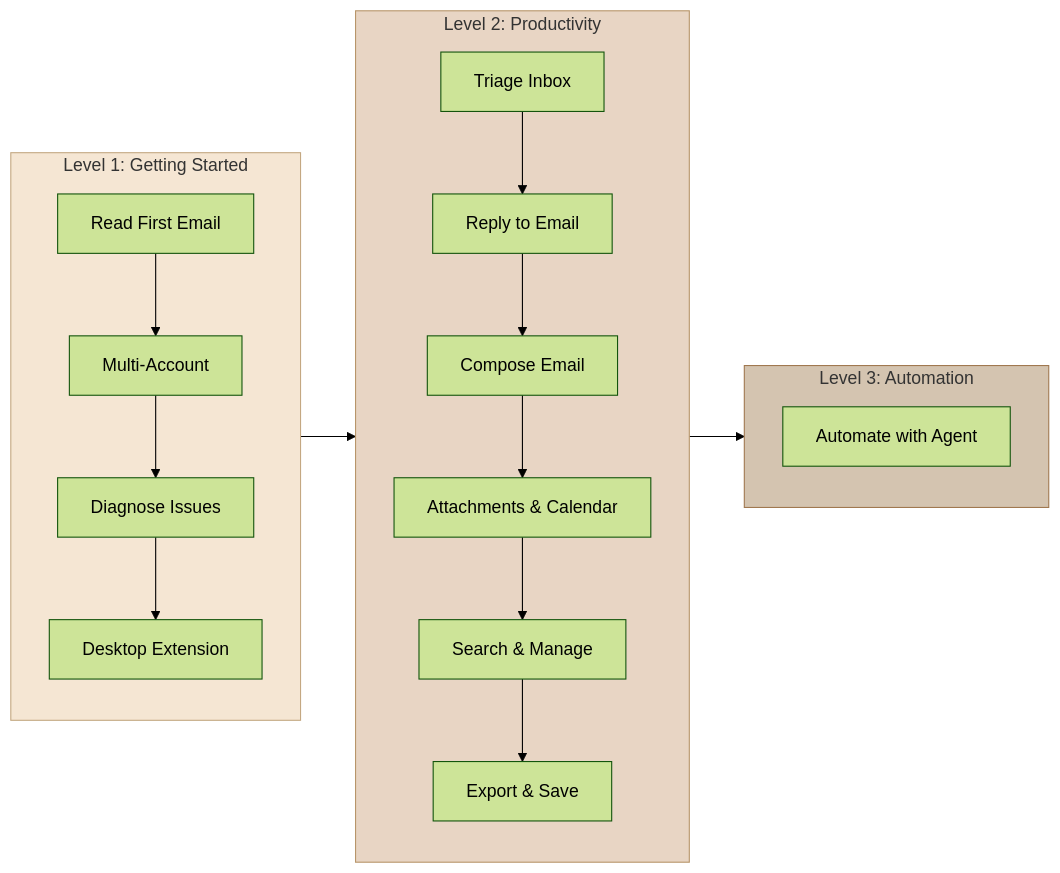
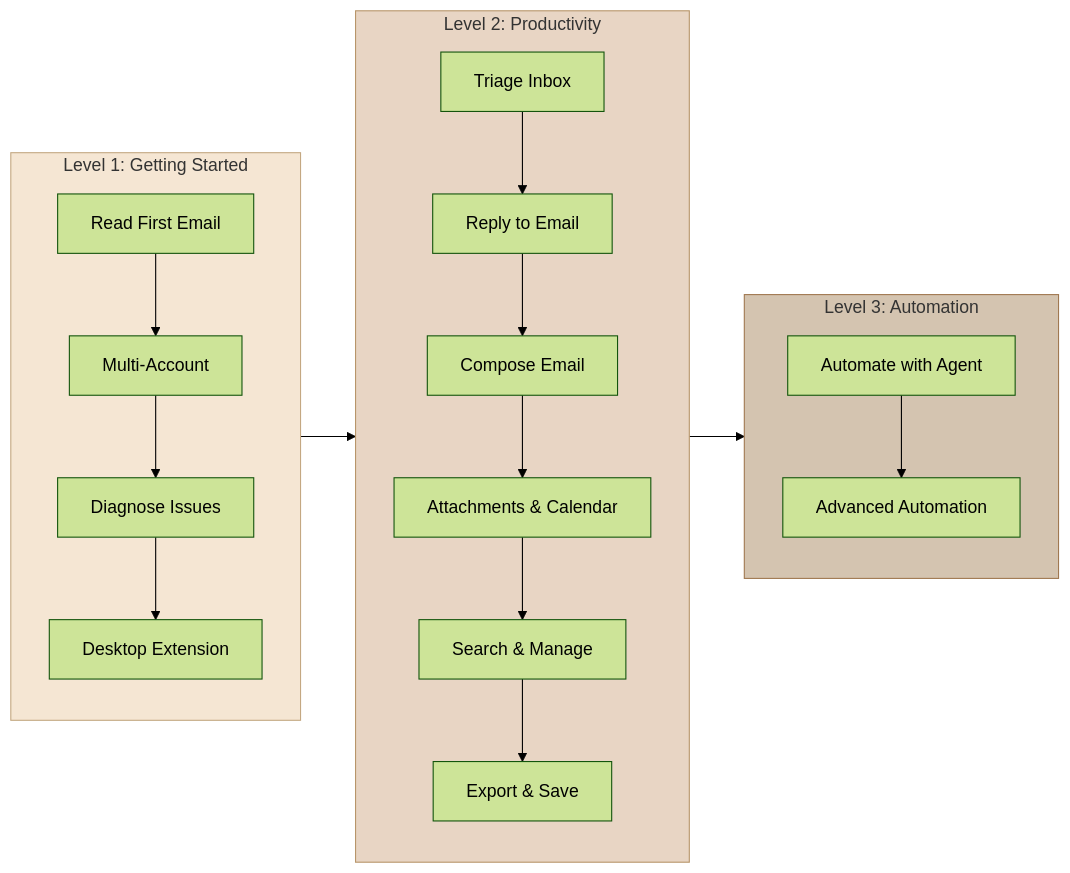
One commit to Data-Wise/himalaya-mcp changed the diagram in docs/tutorials/index.md. Above: the diagram before and after it, drawn with Mermaid (forest theme). The commit also changed other lines of this file and 6 other files, not shown here.

Commit message:
docs: add security, integrations, contributing guides + advanced automation tutorial + cookbook recipes

````diff
--- a/docs/tutorials/index.md
+++ b/docs/tutorials/index.md
@@ -7,26 +7,27 @@
 ```mermaid
 flowchart LR
     subgraph L1["Level 1: Getting Started"]
         A1[Read First Email] --> A2[Multi-Account]
         A2 --> A4[Diagnose Issues]
         A4 --> A3[Desktop Extension]
     end
 
     subgraph L2["Level 2: Productivity"]
         B1[Triage Inbox] --> B2[Reply to Email]
         B2 --> B4[Compose Email]
-        B4 --> B5[Attachments & Calendar]
+        B4 -->         B5[Attachments & Calendar]
         B5 --> B6[Search & Manage]
-        B6 --> B3[Export & Save]
+        B6 --> B7[Export & Save]
     end
 
     subgraph L3["Level 3: Automation"]
         C1[Automate with Agent]
+        C1 --> C2[Advanced Automation]
     end
 
     L1 --> L2 --> L3
 
     style L1 fill:#f5e6d3,stroke:#c4a882
     style L2 fill:#e8d5c4,stroke:#b8956a
     style L3 fill:#d4c4b0,stroke:#a07850
 ```
````
